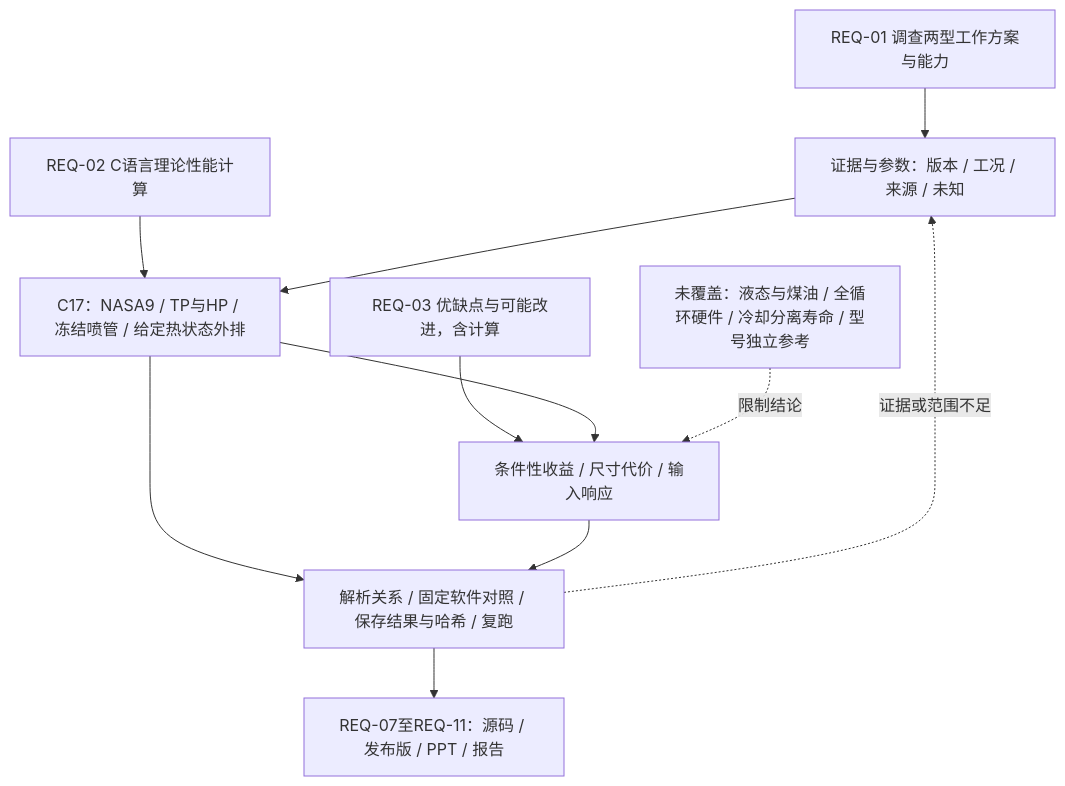
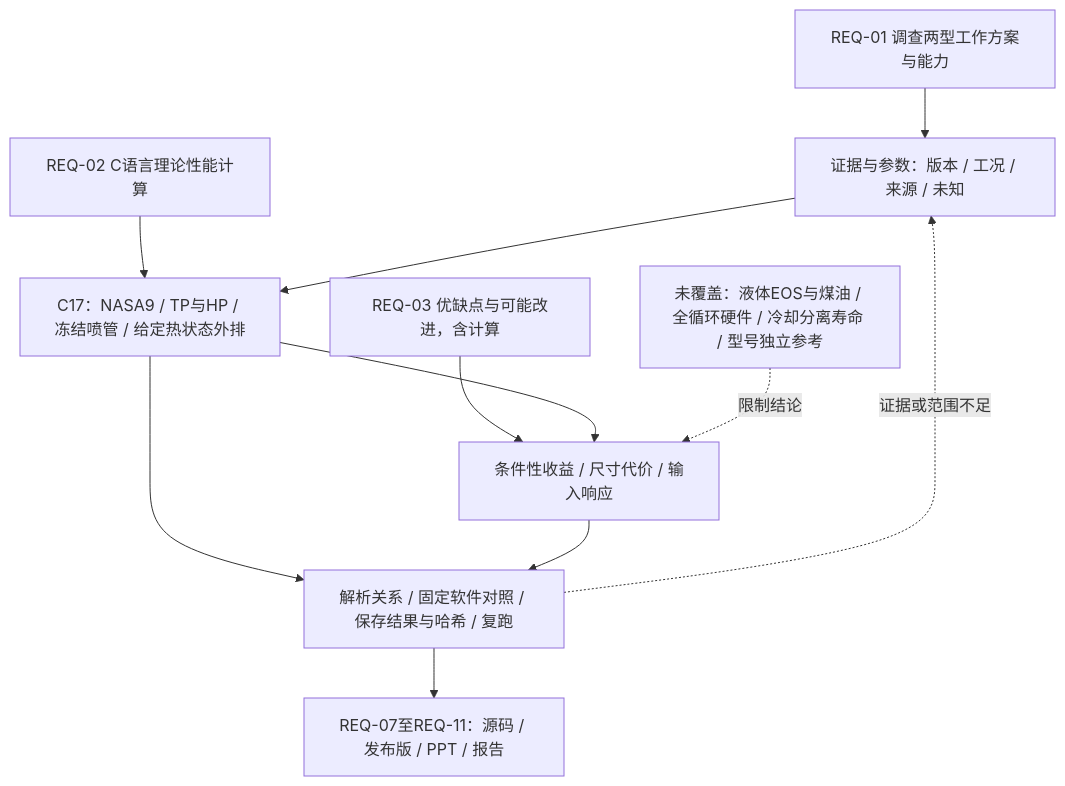
Before and after one commit to 2725238326/rocketperf-course-research: the diagram in docs/architecture/assignment.mmd, drawn with Mermaid. The commit also changed 114 other files, not shown here.

```diff
--- a/docs/architecture/assignment.mmd
+++ b/docs/architecture/assignment.mmd
@@ -1,10 +1,10 @@
 flowchart TD
   A[REQ-01 调查两型工作方案与能力] --> E[证据与参数：版本 / 工况 / 来源 / 未知]
   B[REQ-02 C语言理论性能计算] --> C[C17：NASA9 / TP与HP / 冻结喷管 / 给定热状态外排]
   R[REQ-03 优缺点与可能改进，含计算] --> I[条件性收益 / 尺寸代价 / 输入响应]
   E --> C --> I
   C --> V[解析关系 / 固定软件对照 / 保存结果与哈希 / 复跑]
   I --> V
   V --> D[REQ-07至REQ-11：源码 / 发布版 / PPT / 报告]
   V -. 证据或范围不足 .-> E
-  U[未覆盖：液态与煤油 / 全循环硬件 / 冷却分离寿命 / 型号独立参考] -. 限制结论 .-> I
+  U[未覆盖：液体EOS与煤油 / 全循环硬件 / 冷却分离寿命 / 型号独立参考] -. 限制结论 .-> I
```
